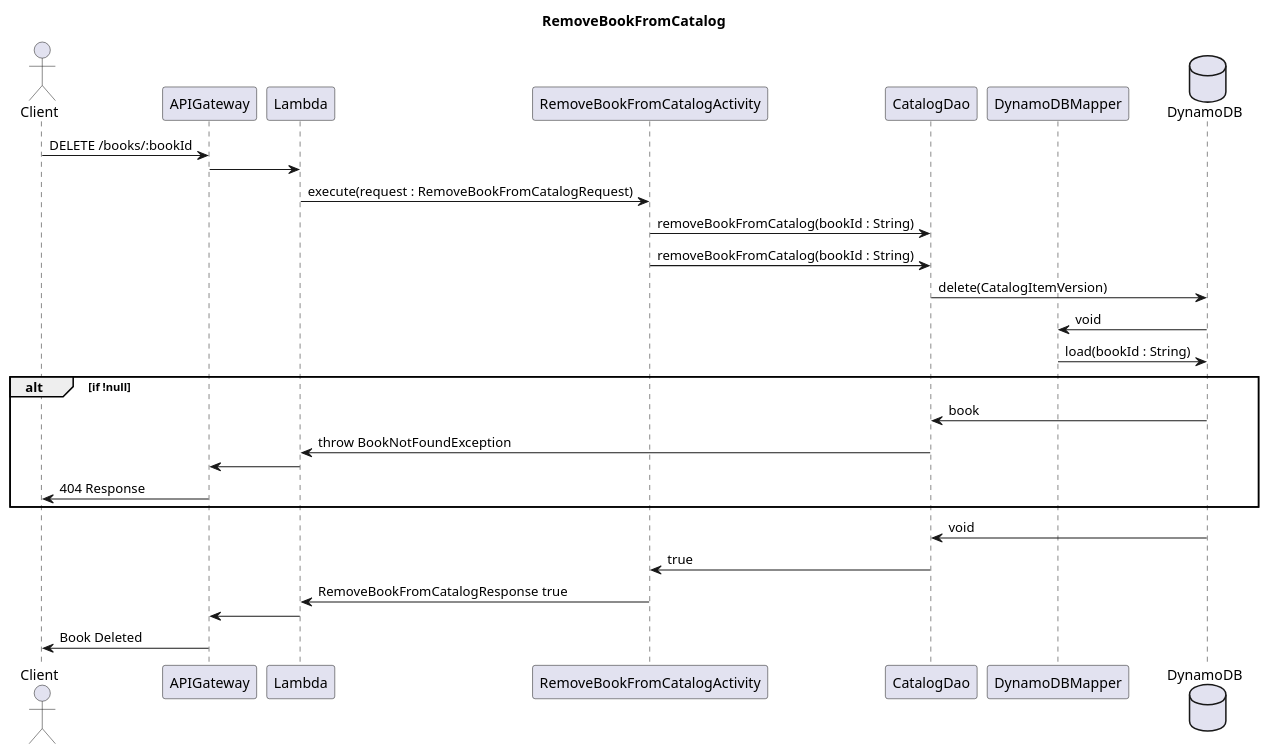
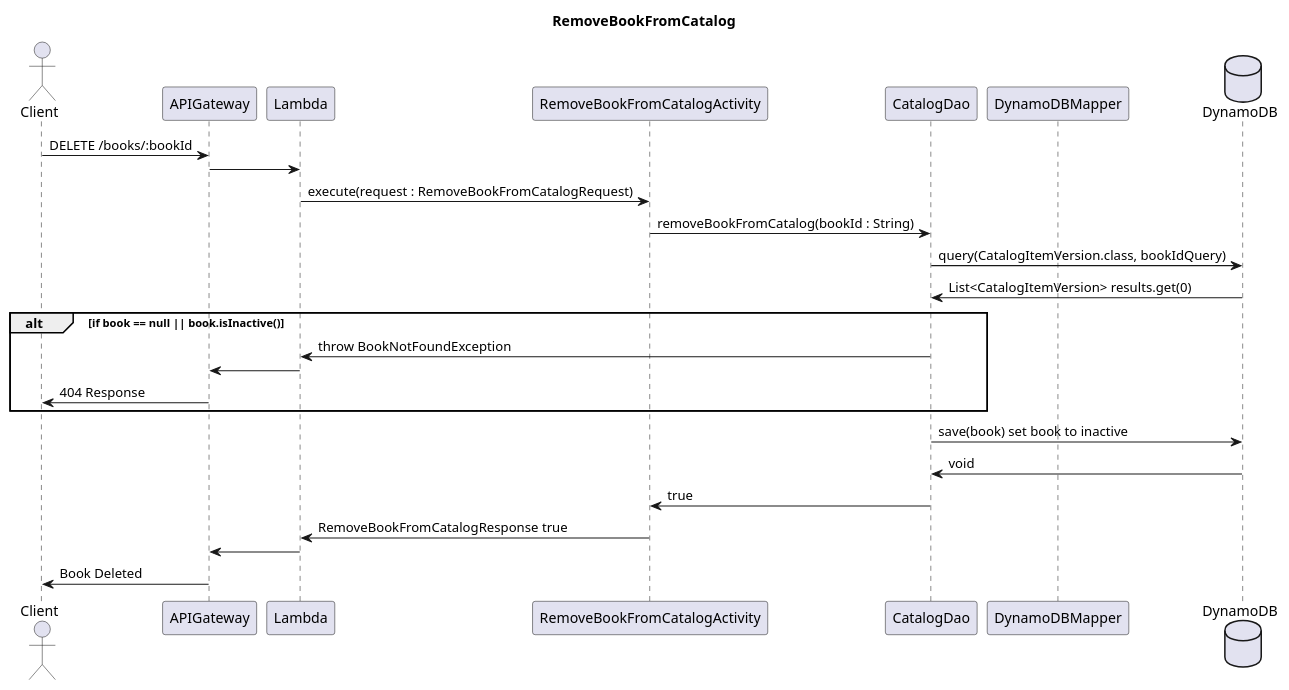
The diagram in src/resources/mastery-task1-remove-book-SD.puml (ngosi/BloomTech-kindle-publishing-service), drawn with PlantUML before and after one commit. The commit also changed 3 other files, not shown here.

Commit message:
Implemented RemoveBookFromCatalog

```diff
--- a/src/resources/mastery-task1-remove-book-SD.puml
+++ b/src/resources/mastery-task1-remove-book-SD.puml
@@ -1,32 +1,30 @@
 @startuml
 
 title RemoveBookFromCatalog
 actor Client
 participant APIGateway
 participant Lambda
 participant RemoveBookFromCatalogActivity
 participant CatalogDao
 participant DynamoDBMapper
 database DynamoDB
 
 Client -> APIGateway : DELETE /books/:bookId
 APIGateway -> Lambda
 Lambda -> RemoveBookFromCatalogActivity : execute(request : RemoveBookFromCatalogRequest)
 RemoveBookFromCatalogActivity -> CatalogDao : removeBookFromCatalog(bookId : String)
-RemoveBookFromCatalogActivity -> CatalogDao : removeBookFromCatalog(bookId : String)
-CatalogDao -> DynamoDB : delete(CatalogItemVersion)
-DynamoDB -> DynamoDBMapper : void
-DynamoDBMapper -> DynamoDB : load(bookId : String)
-alt if !null
-    DynamoDB -> CatalogDao : book
+CatalogDao -> DynamoDB : query(CatalogItemVersion.class, bookIdQuery)
+DynamoDB -> CatalogDao : List<CatalogItemVersion> results.get(0)
+alt if book == null || book.isInactive()
     CatalogDao -> Lambda : throw BookNotFoundException
     Lambda -> APIGateway
     APIGateway -> Client : 404 Response
 end
+CatalogDao -> DynamoDB : save(book) set book to inactive
 DynamoDB -> CatalogDao : void
 CatalogDao -> RemoveBookFromCatalogActivity : true
 RemoveBookFromCatalogActivity -> Lambda : RemoveBookFromCatalogResponse true
 Lambda -> APIGateway
 APIGateway -> Client : Book Deleted
 
 @enduml
```
